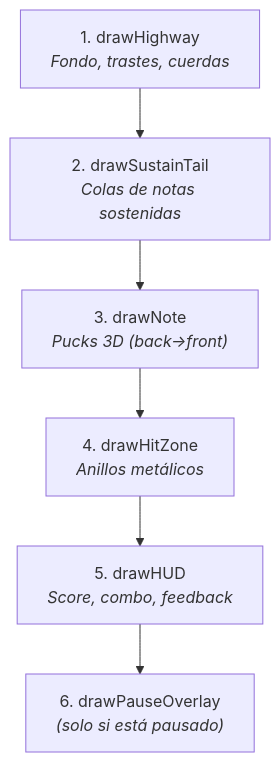
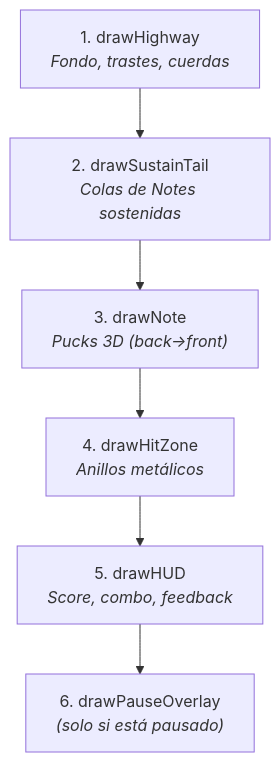
The second of 2 diagrams in src/features/gameplay/ARCHITECTURE.md (JDavidcor23/Guitar-Hero-React), drawn with Mermaid before and after one commit. The commit also changed other lines of this file and 29 other files, not shown here.

````diff
--- a/src/features/gameplay/ARCHITECTURE.md
+++ b/src/features/gameplay/ARCHITECTURE.md
@@ -172,9 +172,9 @@
 ```mermaid
 graph TD
     A["1. drawHighway<br/><i>Fondo, trastes, cuerdas</i>"] --> B
-    B["2. drawSustainTail<br/><i>Colas de notas sostenidas</i>"] --> C
+    B["2. drawSustainTail<br/><i>Colas de Notes sostenidas</i>"] --> C
     C["3. drawNote<br/><i>Pucks 3D (back→front)</i>"] --> D
     D["4. drawHitZone<br/><i>Anillos metálicos</i>"] --> E
     E["5. drawHUD<br/><i>Score, combo, feedback</i>"] --> F
     F["6. drawPauseOverlay<br/><i>(solo si está pausado)</i>"]
 ```
````
